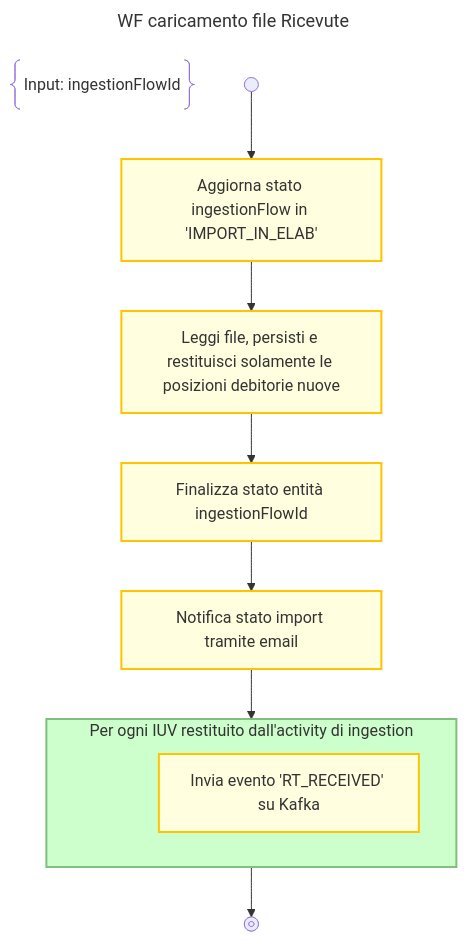
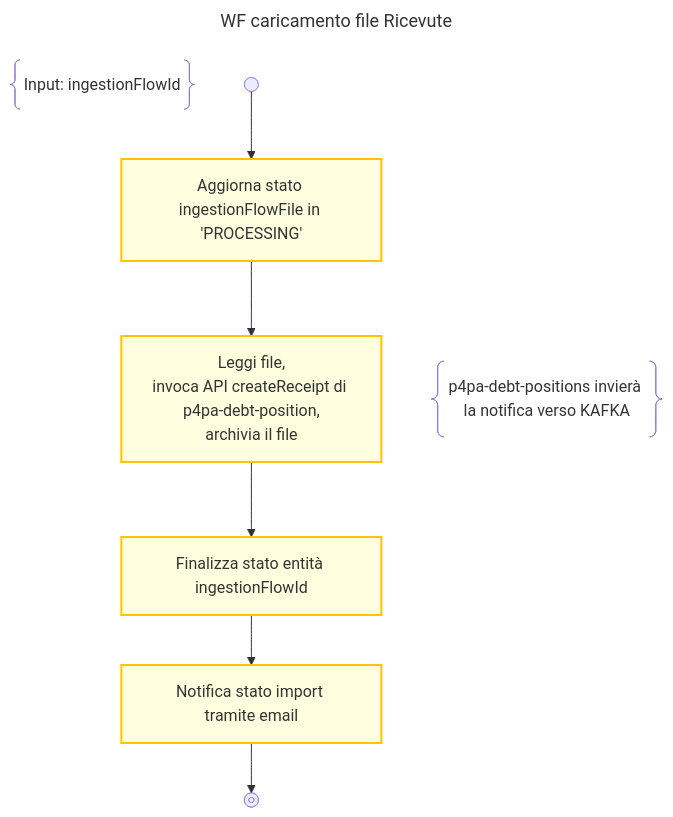
The diagram in design/workflow/classificazioneIncassi/01.ricevute-ingestion.mmd (pagopa/p4pa-doc), drawn with Mermaid before and after one commit. The commit also changed 9 other files, not shown here.

Commit message:
ingestionFlowFile status updated on classificazione WF diagrams

```diff
--- a/design/workflow/classificazioneIncassi/01.ricevute-ingestion.mmd
+++ b/design/workflow/classificazioneIncassi/01.ricevute-ingestion.mmd
@@ -1,28 +1,21 @@
 ---
 title: WF caricamento file Ricevute
 ---
 flowchart TD
     DESCRIPTION@{ shape: braces, label: "Input: ingestionFlowId" }
     START@{shape: start} -->
-    UPDATE_STATUS_INELAB:::activity@{label: "Aggiorna stato ingestionFlow in 'IMPORT_IN_ELAB'"} -->
-    INGESTION:::activity@{label: "Leggi file, persisti e restituisci solamente le posizioni debitorie nuove"} -->
+    UPDATE_STATUS_INELAB:::activity@{label: "Aggiorna stato ingestionFlowFile in 'PROCESSING'"} -->
+    INGESTION:::activity@{label: "Leggi file,<BR />invoca API createReceipt di p4pa-debt-position,<BR />archivia il file"} -->
     UPDATE_STATUS_COMPLETE:::activity@{label: "Finalizza stato entità ingestionFlowId"} -->
     SEND_EMAIL:::activity@{label: "Notifica stato import tramite email"} -->
+    END@{shape: stop}
 
-    LOOP
-
-    subgraph LOOP["Per ogni IUV restituito dall'activity di ingestion"]
-
-        %% dummy block added to have an empty line
-        DUMMY:::disable-->SIGNAL
-        linkStyle 5 display:none;
-
-        SIGNAL:::activity@{label: "Invia evento 'RT_RECEIVED' su Kafka"}
+    subgraph INGESTION_NOTE_BLOCK
+        INGESTION
+        INGESTION_NOTE@{shape: braces, label: "p4pa-debt-positions invierà la notifica verso KAFKA"}
     end
-
-    LOOP --> END@{shape: stop}
-    class LOOP loop
+    class INGESTION_NOTE_BLOCK disable
 
     classDef disable display:none;
     classDef activity fill:#FFFFE0, stroke:#ffc300, stroke-width:2px;
     classDef loop fill:#CCFFCC, stroke:#7FBF7F, stroke-width:2px, padding-bottom: 5px;
```
